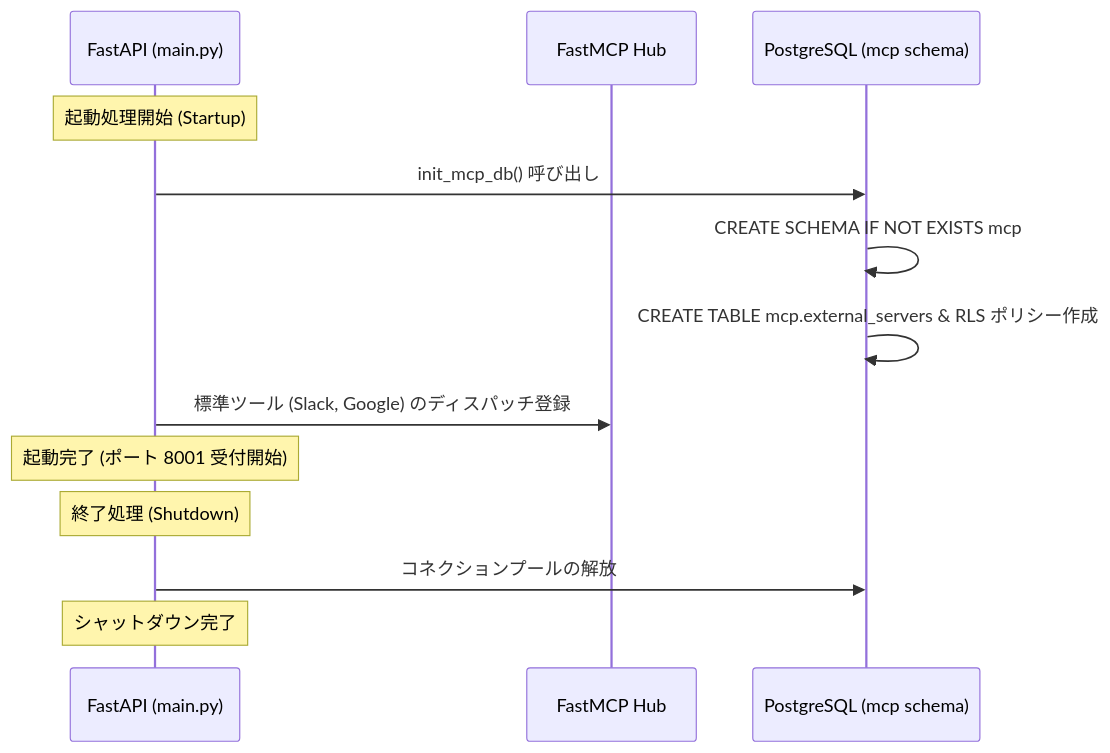
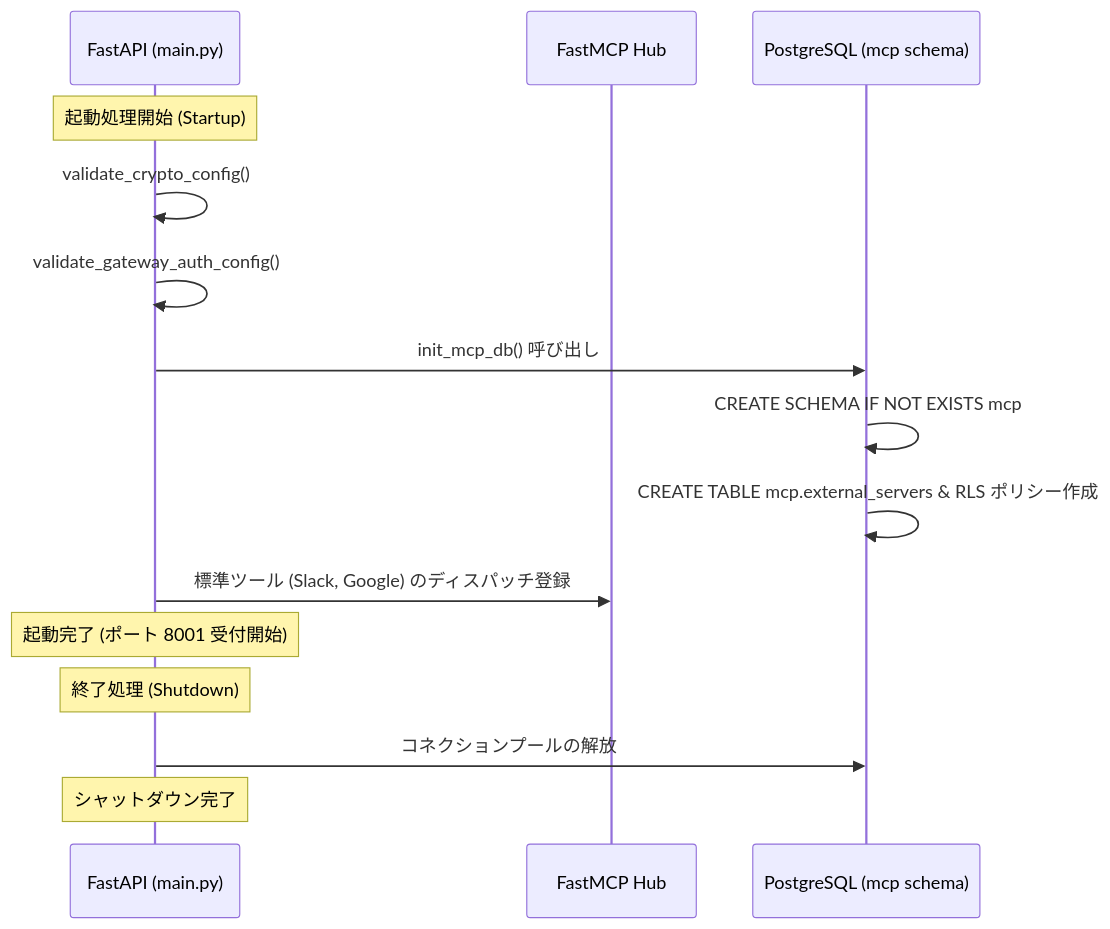
The second of 2 diagrams in docs/01_gateway_architecture.md (northfieldzz/portico), drawn with Mermaid before and after one commit. The commit also changed other lines of this file and 15 other files, not shown here.

Commit message:
feat: implement Portico gateway architecture, Tollgate integration, and security validation tests

````diff
--- a/docs/01_gateway_architecture.md
+++ b/docs/01_gateway_architecture.md
@@ -65,17 +84,19 @@
 ```mermaid
 sequenceDiagram
     participant Main as FastAPI (main.py)
     participant Hub as FastMCP Hub
     participant DB as PostgreSQL (mcp schema)
 
     Note over Main: 起動処理開始 (Startup)
+    Main->>Main: validate_crypto_config()
+    Main->>Main: validate_gateway_auth_config()
     Main->>DB: init_mcp_db() 呼び出し
     DB->>DB: CREATE SCHEMA IF NOT EXISTS mcp;
     DB->>DB: CREATE TABLE mcp.external_servers & RLS ポリシー作成
     Main->>Hub: 標準ツール (Slack, Google) のディスパッチ登録
     Note over Main: 起動完了 (ポート 8001 受付開始)
 
     Note over Main: 終了処理 (Shutdown)
     Main->>DB: コネクションプールの解放
     Note over Main: シャットダウン完了
 ```
````
